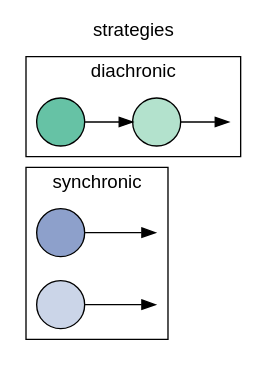
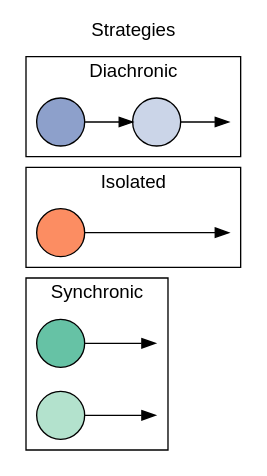
Before and after one commit to pedmiston/diachronic-teams: the diagram in totems/inst/extdata/team-structures.gv, drawn with Graphviz. The commit also changed 1 other file, not shown here.

Commit message:
Added remaining team structures to all graph

```diff
--- a/totems/inst/extdata/team-structures.gv
+++ b/totems/inst/extdata/team-structures.gv
@@ -1,37 +1,44 @@
 digraph {
   rankdir=LR;
-  label="strategies";
+  label="Strategies";
   labelloc=t;
   fontname=helvetica;
   // bgcolor=transparent;
 
   node[fontname=helvetica; label=""; style=filled];
 
   // Set cluster order (top to bottom) by initializing
   // nodes in each cluster starting from bottom to top
-  s1, d1;
+  s1, solo, d1;
 
   // Shapes are projects
-  d1, d2, s1, s2[shape=circle];
+  d1, d2, solo, s1, s2[shape=circle];
 
   // Colors are people
-  d1[fillcolor="#66C2A5"];
-  d2[fillcolor="#b3e2cd"];
-  s1[fillcolor="#8DA0CB"];
-  s2[fillcolor="#cbd5e8"];
+  s1[fillcolor="#66C2A5"];
+  s2[fillcolor="#b3e2cd"];
+  d1[fillcolor="#8DA0CB"];
+  d2[fillcolor="#cbd5e8"];
+  solo[fillcolor="#FC8D62"];
 
   // Invisible last nodes
-  dinv1, sinv1, sinv2[style=invis, width=0];
+  dinv1, soloinv1, sinv1, sinv2[style=invis, width=0];
+
 
   subgraph cluster1 {
-    label="diachronic";
+    label="Diachronic";
     d1 -> d2 -> dinv1;
   }
 
   subgraph cluster2 {
-    label="synchronic";
+    label="Isolated";
+    solo -> soloinv1[minlen=2];
+  }
+
+  subgraph cluster3 {
+    label="Synchronic";
     s1 -> sinv1;
     s2 -> sinv2;
   }
 
 }
```
